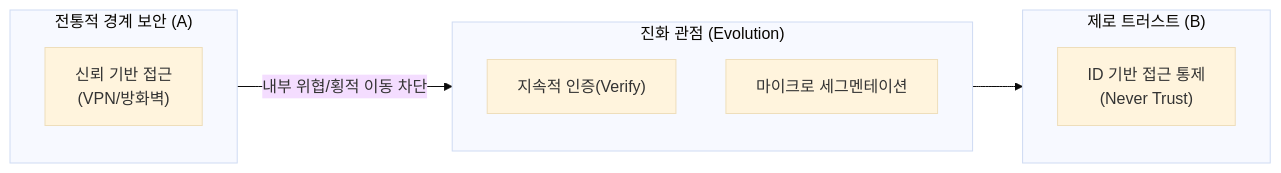
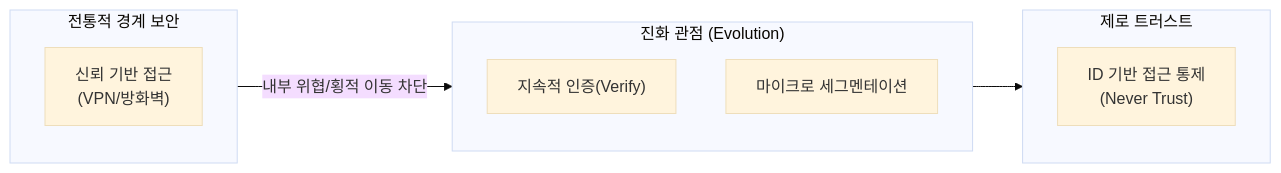
The second of 2 diagrams in docs/08-security-governance/zero-trust.md (jeonck/fw-thinking), drawn with Mermaid (base theme) before and after one commit. The commit also changed other lines of this file and 92 other files, not shown here.

````diff
--- a/docs/08-security-governance/zero-trust.md
+++ b/docs/08-security-governance/zero-trust.md
@@ -56,19 +56,19 @@
 ```mermaid
 flowchart LR
-    subgraph A["전통적 경계 보안 (A)"]
+    subgraph A["전통적 경계 보안 "]
         A1["신뢰 기반 접근<br/>(VPN/방화벽)"]
     end
 
     subgraph TRANS["진화 관점 (Evolution)"]
         direction TB
         T1["지속적 인증(Verify)"]
         T2["마이크로 세그멘테이션"]
     end
 
-    subgraph B["제로 트러스트 (B)"]
+    subgraph B["제로 트러스트 "]
         B1["ID 기반 접근 통제<br/>(Never Trust)"]
     end
 
     A -- "내부 위협/횡적 이동 차단" --> TRANS
     TRANS --> B
 ```
````
